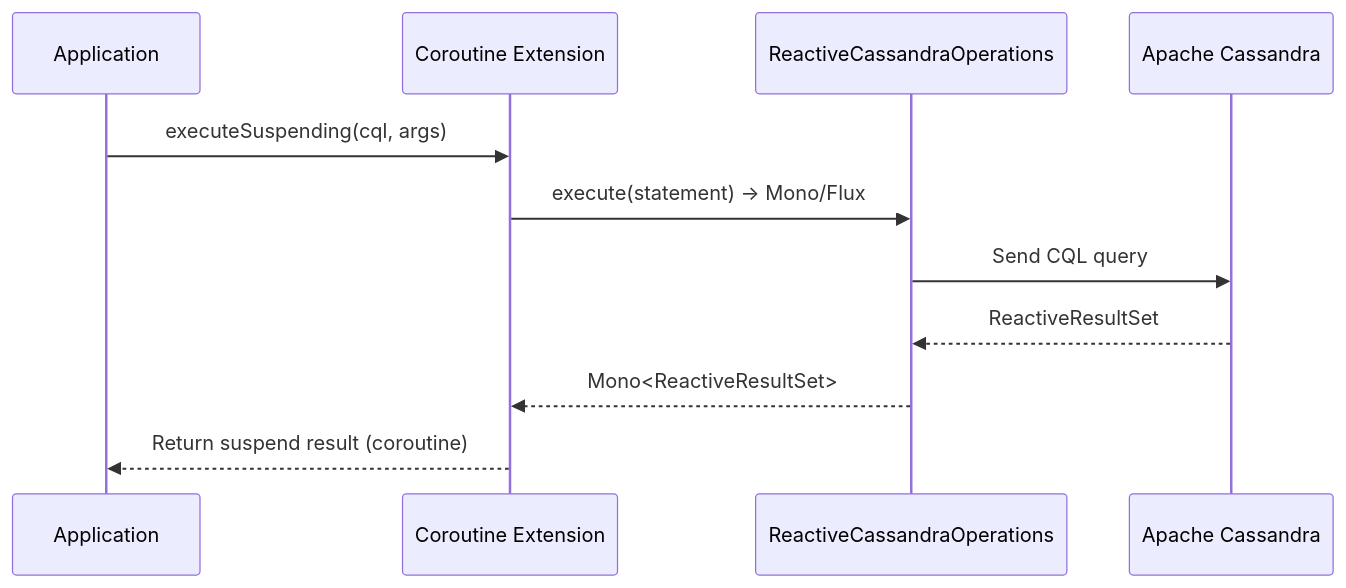
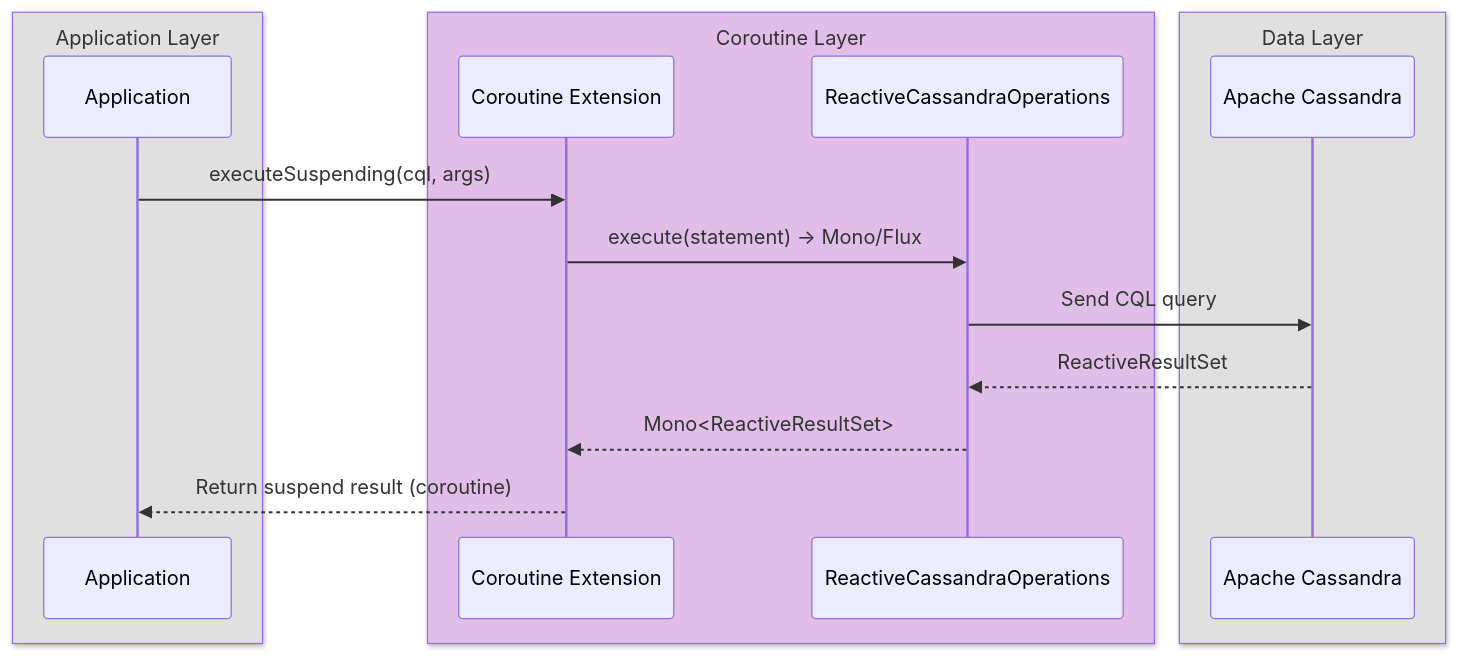
Before and after one commit to bluetape4k/bluetape4k-projects: the third of 3 diagrams in spring-boot4/cassandra/README.md, drawn with Mermaid. The commit also changed other lines of this file and 221 other files, not shown here.

First line of the commit message:
docs: 전체 모듈 README UML 다이어그램 보강 및 색상 업그레이드

````diff
--- a/spring-boot4/cassandra/README.md
+++ b/spring-boot4/cassandra/README.md
@@ -133,14 +154,20 @@
 ```mermaid
 sequenceDiagram
-    participant App as Application
-    participant Ext as Coroutine Extension
-    participant Ops as ReactiveCassandraOperations
-    participant DB as Apache Cassandra
+    box rgb(224,224,224) Application Layer
+        participant App as Application
+    end
+    box rgb(225,190,231) Coroutine Layer
+        participant Ext as Coroutine Extension
+        participant Ops as ReactiveCassandraOperations
+    end
+    box rgb(224,224,224) Data Layer
+        participant DB as Apache Cassandra
+    end
 
     App->>Ext: executeSuspending(cql, args)
     Ext->>Ops: execute(statement) → Mono/Flux
     Ops->>DB: Send CQL query
     DB-->>Ops: ReactiveResultSet
     Ops-->>Ext: Mono<ReactiveResultSet>
     Ext-->>App: Return suspend result (coroutine)
 ```
````
